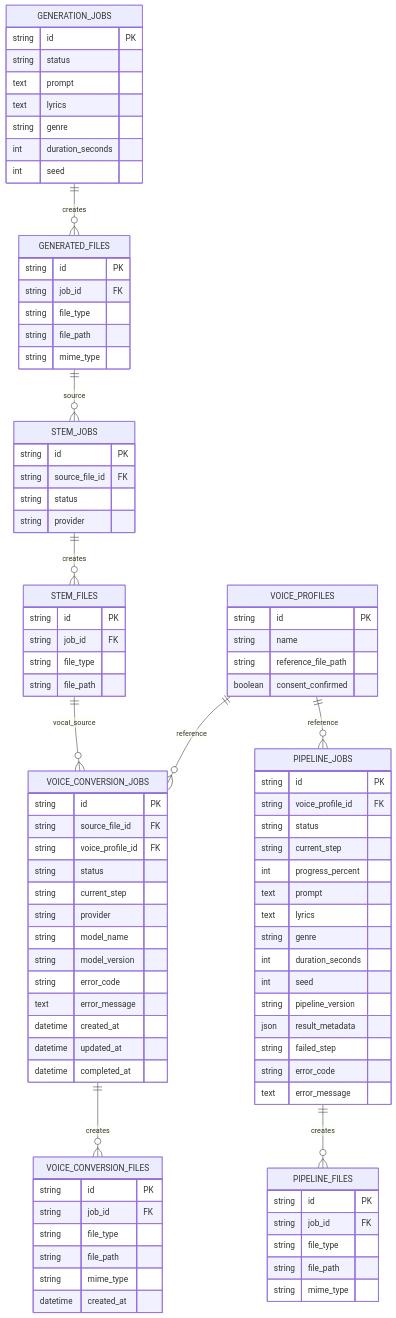
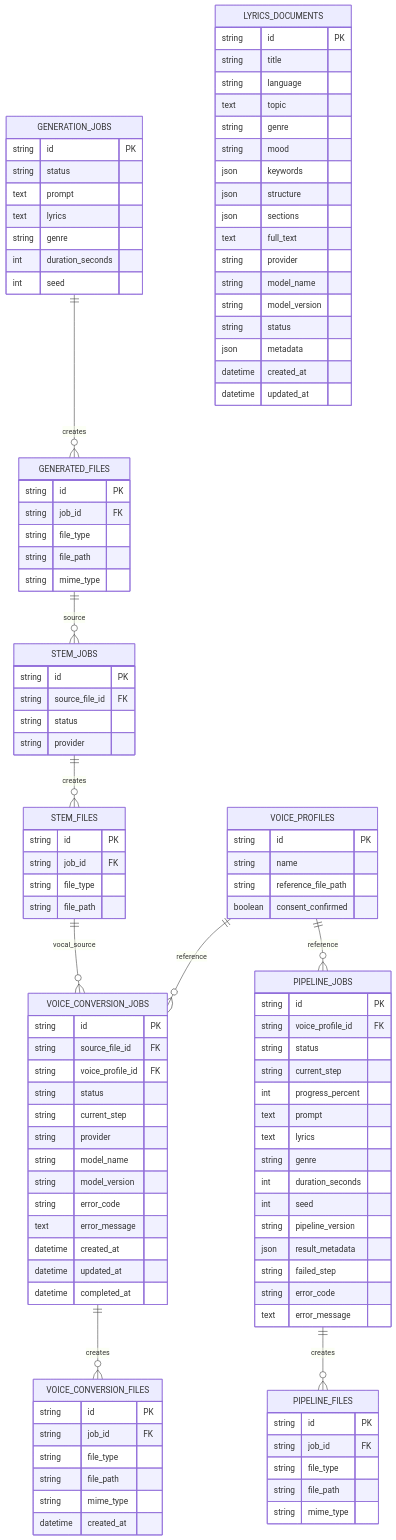
Before and after one commit to DohaStudio/DohaMusic: the diagram in docs/07-database/erd.md, drawn with Mermaid. The commit also changed other lines of this file and 52 other files, not shown here.

```diff
--- a/docs/07-database/erd.md
+++ b/docs/07-database/erd.md
@@ -10,6 +10,26 @@
   VOICE_CONVERSION_JOBS ||--o{ VOICE_CONVERSION_FILES : creates
   VOICE_PROFILES ||--o{ PIPELINE_JOBS : reference
   PIPELINE_JOBS ||--o{ PIPELINE_FILES : creates
+
+  LYRICS_DOCUMENTS {
+    string id PK
+    string title
+    string language
+    text topic
+    string genre
+    string mood
+    json keywords
+    json structure
+    json sections
+    text full_text
+    string provider
+    string model_name
+    string model_version
+    string status
+    json metadata
+    datetime created_at
+    datetime updated_at
+  }
 
   GENERATION_JOBS {
     string id PK
```
